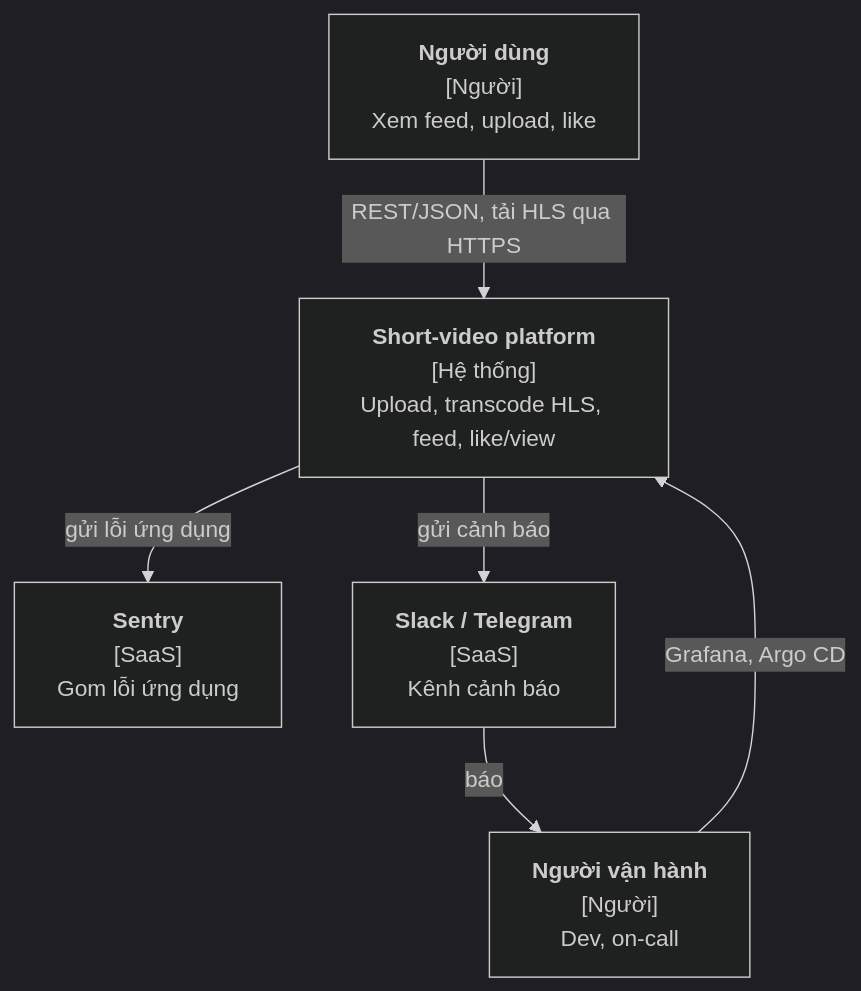
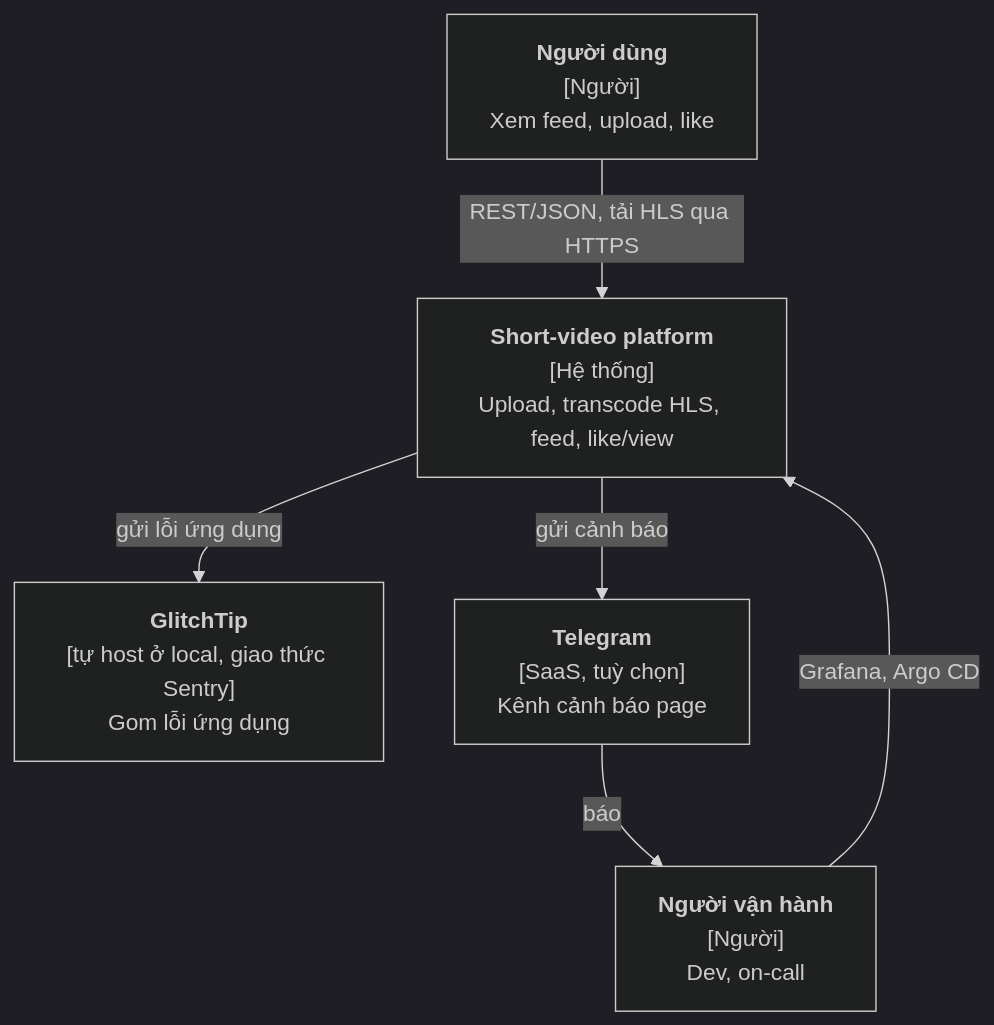
The first of 4 diagrams in docs/architecture.md (anhnvcoder/short-video-platform), drawn with Mermaid (dark theme) before and after one commit. The commit also changed other lines of this file and 133 other files, not shown here.

````diff
--- a/docs/architecture.md
+++ b/docs/architecture.md
@@ -112,14 +114,14 @@
 ```mermaid
 flowchart TB
     user["<b>Người dùng</b><br/>[Người]<br/>Xem feed, upload, like"]
     ops["<b>Người vận hành</b><br/>[Người]<br/>Dev, on-call"]
     svp["<b>Short-video platform</b><br/>[Hệ thống]<br/>Upload, transcode HLS, feed, like/view"]
-    sentry["<b>Sentry</b><br/>[SaaS]<br/>Gom lỗi ứng dụng"]
-    chat["<b>Slack / Telegram</b><br/>[SaaS]<br/>Kênh cảnh báo"]
+    sentry["<b>GlitchTip</b><br/>[tự host ở local, giao thức Sentry]<br/>Gom lỗi ứng dụng"]
+    chat["<b>Telegram</b><br/>[SaaS, tuỳ chọn]<br/>Kênh cảnh báo page"]
 
     user -->|"REST/JSON, tải HLS qua HTTPS"| svp
     ops -->|"Grafana, Argo CD"| svp
     svp -->|"gửi lỗi ứng dụng"| sentry
     svp -->|"gửi cảnh báo"| chat
     chat -->|"báo"| ops
 ```
````
